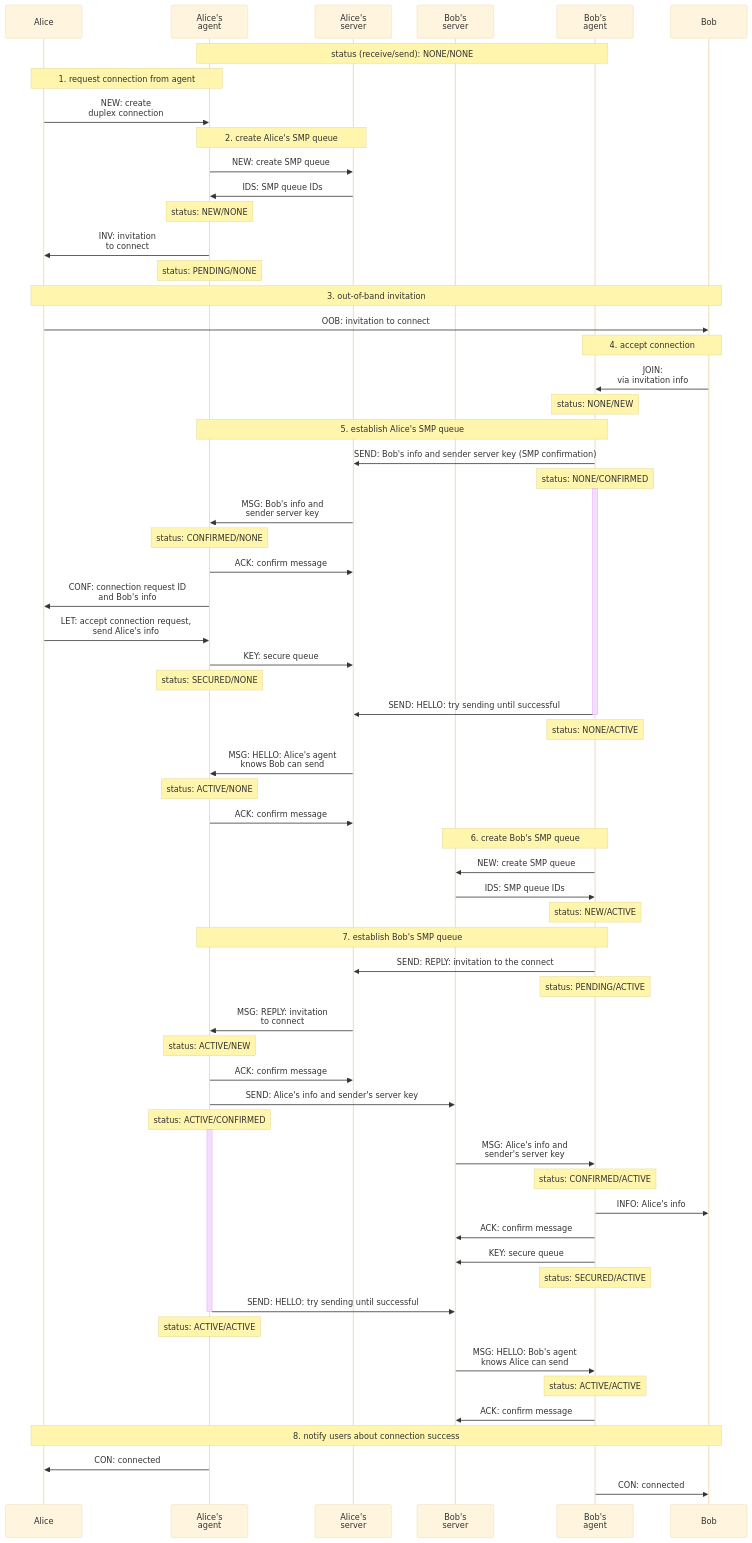
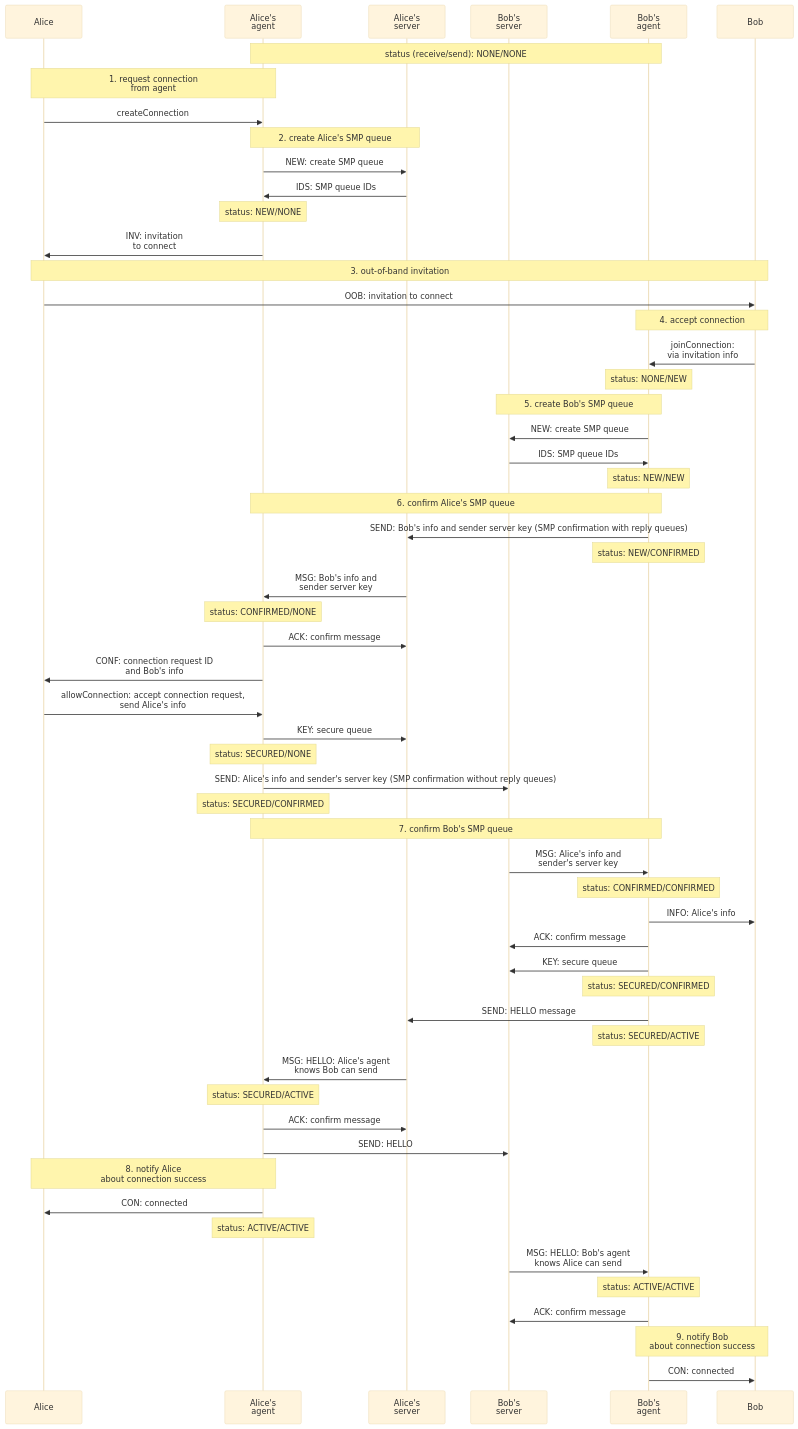
One commit to simplex-chat/simplexmq changed the diagram in protocol/diagrams/duplex-messaging/duplex-creating.mmd. Above: the diagram before and after it, drawn with Mermaid (base theme). The commit also changed 42 other files, not shown here.

```diff
--- a/protocol/diagrams/duplex-messaging/duplex-creating.mmd
+++ b/protocol/diagrams/duplex-messaging/duplex-creating.mmd
@@ -1,79 +1,74 @@
 sequenceDiagram
   participant A as Alice
   participant AA as Alice's<br>agent
   participant AS as Alice's<br>server
   participant BS as Bob's<br>server
   participant BA as Bob's<br>agent
   participant B as Bob
 
   note over AA, BA: status (receive/send): NONE/NONE
 
-  note over A, AA: 1. request connection from agent
-  A ->> AA: NEW: create<br>duplex connection
+  note over A, AA: 1. request connection<br>from agent
+  A ->> AA: createConnection
  
   note over AA, AS: 2. create Alice's SMP queue
   AA ->> AS: NEW: create SMP queue
   AS ->> AA: IDS: SMP queue IDs
   note over AA: status: NEW/NONE
 
   AA ->> A: INV: invitation<br>to connect
-  note over AA: status: PENDING/NONE
 
   note over A, B: 3. out-of-band invitation
   A ->> B: OOB: invitation to connect
 
   note over BA, B: 4. accept connection
-  B ->> BA: JOIN:<br>via invitation info
+  B ->> BA: joinConnection:<br>via invitation info
   note over BA: status: NONE/NEW
 
-  note over BA, AA: 5. establish Alice's SMP queue
-  BA ->> AS: SEND: Bob's info and sender server key (SMP confirmation)
-  note over BA: status: NONE/CONFIRMED
-  activate BA
+  note over BA, BS: 5. create Bob's SMP queue
+  BA ->> BS: NEW: create SMP queue
+  BS ->> BA: IDS: SMP queue IDs
+  note over BA: status: NEW/NEW
+
+  note over BA, AA: 6. confirm Alice's SMP queue
+  BA ->> AS: SEND: Bob's info and sender server key (SMP confirmation with reply queues)
+  note over BA: status: NEW/CONFIRMED
+
   AS ->> AA: MSG: Bob's info and<br>sender server key
   note over AA: status: CONFIRMED/NONE
   AA ->> AS: ACK: confirm message
   AA ->> A: CONF: connection request ID<br>and Bob's info
-  A ->> AA: LET: accept connection request,<br>send Alice's info
+  A ->> AA: allowConnection: accept connection request,<br>send Alice's info
   AA ->> AS: KEY: secure queue
   note over AA: status: SECURED/NONE
 
-  BA ->> AS: SEND: HELLO: try sending until successful
-  deactivate BA
-  note over BA: status: NONE/ACTIVE
-  AS ->> AA: MSG: HELLO: Alice's agent<br>knows Bob can send
-  note over AA: status: ACTIVE/NONE
-  AA ->> AS: ACK: confirm message
+  AA ->> BS: SEND: Alice's info and sender's server key (SMP confirmation without reply queues)
+  note over AA: status: SECURED/CONFIRMED
 
-  note over BA, BS: 6. create Bob's SMP queue
-  BA ->> BS: NEW: create SMP queue
-  BS ->> BA: IDS: SMP queue IDs
-  note over BA: status: NEW/ACTIVE
-
-  note over AA, BA: 7. establish Bob's SMP queue
-  BA ->> AS: SEND: REPLY: invitation to the connect
-  note over BA: status: PENDING/ACTIVE
-  AS ->> AA: MSG: REPLY: invitation<br>to connect
-  note over AA: status: ACTIVE/NEW
-  AA ->> AS: ACK: confirm message
-
-  AA ->> BS: SEND: Alice's info and sender's server key
-  note over AA: status: ACTIVE/CONFIRMED
-  activate AA
+  note over BA, AA: 7. confirm Bob's SMP queue
   BS ->> BA: MSG: Alice's info and<br>sender's server key
-  note over BA: status: CONFIRMED/ACTIVE
+  note over BA: status: CONFIRMED/CONFIRMED
   BA ->> B: INFO: Alice's info
   BA ->> BS: ACK: confirm message
   BA ->> BS: KEY: secure queue
+  note over BA: status: SECURED/CONFIRMED
+
+  BA ->> AS: SEND: HELLO message
+
   note over BA: status: SECURED/ACTIVE
 
-  AA ->> BS: SEND: HELLO: try sending until successful
-  deactivate AA
+  AS ->> AA: MSG: HELLO: Alice's agent<br>knows Bob can send
+  note over AA: status: SECURED/ACTIVE
+  AA ->> AS: ACK: confirm message
+  AA ->> BS: SEND: HELLO
+
+  note over A, AA: 8. notify Alice<br>about connection success
+  AA ->> A: CON: connected
   note over AA: status: ACTIVE/ACTIVE
+
   BS ->> BA: MSG: HELLO: Bob's agent<br>knows Alice can send
   note over BA: status: ACTIVE/ACTIVE
   BA ->> BS: ACK: confirm message
 
-  note over A, B: 8. notify users about connection success
-  AA ->> A: CON: connected
+  note over BA, B: 9. notify Bob<br>about connection success
   BA ->> B: CON: connected
```
